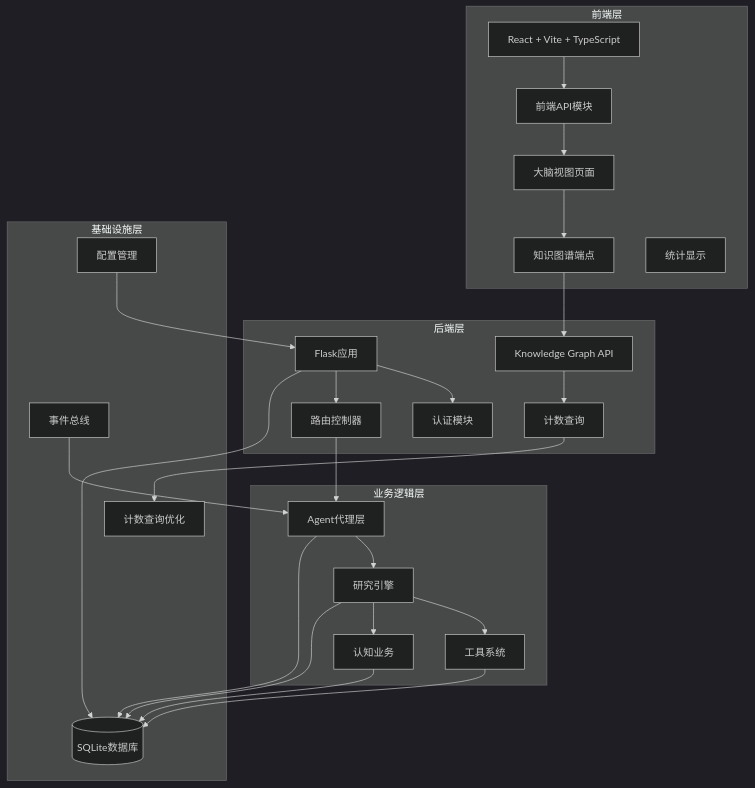
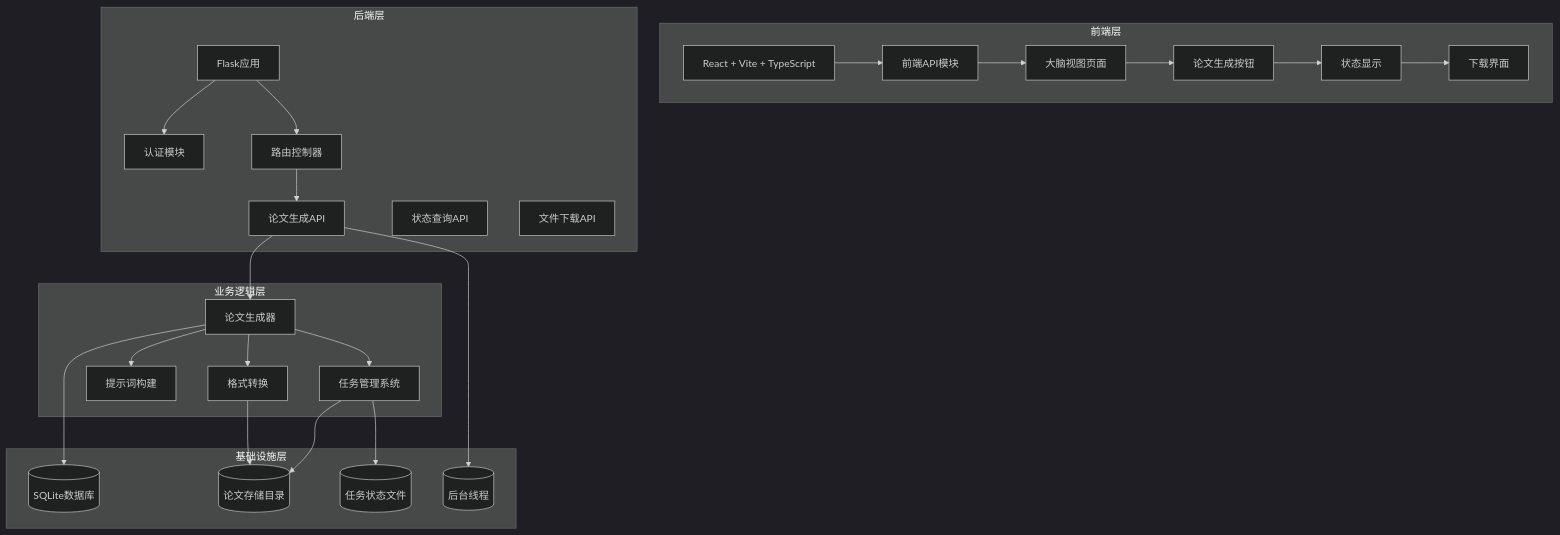
Before and after one commit to GDY-ai/AInstein: the first of 13 diagrams in .qoder/repowiki/zh/content/API参考文档/大脑管理API.md, drawn with Mermaid (dark theme). The commit also changed other lines of this file and 90 other files, not shown here.

````diff
--- a/.qoder/repowiki/zh/content/API参考文档/大脑管理API.md
+++ b/.qoder/repowiki/zh/content/API参考文档/大脑管理API.md
@@ -53,48 +55,48 @@
 ```mermaid
 graph TB
 subgraph "前端层"
 FE[React + Vite + TypeScript]
 API[前端API模块]
 BV[大脑视图页面]
-ENDPOINT[知识图谱端点]
-STATS[统计显示]
+PAPERBTN[论文生成按钮]
+STATUSUI[状态显示]
+DOWNLOADUI[下载界面]
 end
 subgraph "后端层"
 APP[Flask应用]
 AUTH[认证模块]
 ROUTES[路由控制器]
-KG[Knowledge Graph API]
-COUNT[计数查询]
+PAPERAPI[论文生成API]
+STATUSAPI[状态查询API]
+DOWNLOADAPI[文件下载API]
 end
 subgraph "业务逻辑层"
-AGENTS[Agent代理层]
-ENGINES[研究引擎]
-TOOLS[工具系统]
-COGNITIVE[认知业务]
+PAPERGEN[论文生成器]
+TASKMGR[任务管理系统]
+PROMPT[提示词构建]
+CONVERT[格式转换]
 end
 subgraph "基础设施层"
 DB[(SQLite数据库)]
-CONFIG[配置管理]
-EVENTBUS[事件总线]
-COUNTQ[计数查询优化]
+PAPERS[(论文存储目录)]
+TASKFILE[(任务状态文件)]
+THREAD[(后台线程)]
 end
 FE --> API
 API --> BV
-BV --> ENDPOINT
-ENDPOINT --> KG
-KG --> COUNT
-COUNT --> COUNTQ
+BV --> PAPERBTN
+PAPERBTN --> STATUSUI
+STATUSUI --> DOWNLOADUI
 APP --> AUTH
 APP --> ROUTES
-ROUTES --> AGENTS
-AGENTS --> ENGINES
-ENGINES --> TOOLS
-ENGINES --> COGNITIVE
-COGNITIVE --> DB
-AGENTS --> DB
-ENGINES --> DB
-TOOLS --> DB
-APP --> DB
-CONFIG --> APP
-EVENTBUS --> AGENTS
+ROUTES --> PAPERAPI
+PAPERAPI --> PAPERGEN
+PAPERGEN --> TASKMGR
+TASKMGR --> PAPERS
+TASKMGR --> TASKFILE
+PAPERAPI --> THREAD
+PAPERGEN --> PROMPT
+PAPERGEN --> CONVERT
+PAPERGEN --> DB
+CONVERT --> PAPERS
 ```
````
